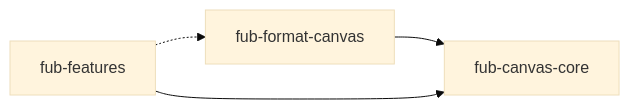
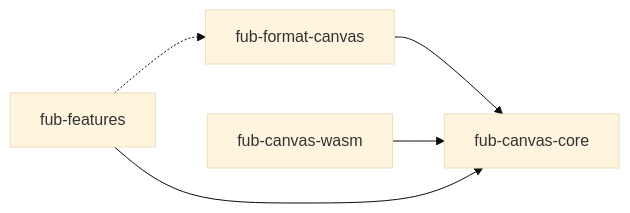
The fourth of 5 diagrams in docs/architecture/overview.md (Fubeo/Fub), drawn with Mermaid (base theme) before and after one commit. The commit also changed other lines of this file and 12 other files, not shown here.

Commit message:
feat(lavagna): la facciata WebAssembly fub-canvas-wasm, con il ponte scritto a mano

````diff
--- a/docs/architecture/overview.md
+++ b/docs/architecture/overview.md
@@ -228,13 +228,15 @@
 ```mermaid
 flowchart LR
     %% @grafo-dipendenze
     %% Il seguito del grafo: il nucleo della lavagna e i suoi clienti.
 
     canvas["fub-format-canvas"]
     canvascore["fub-canvas-core"]
+    canvaswasm["fub-canvas-wasm"]
     features["fub-features"]
 
     canvas --> canvascore
+    canvaswasm --> canvascore
     features --> canvascore
     features -.-> canvas
 ```
````
